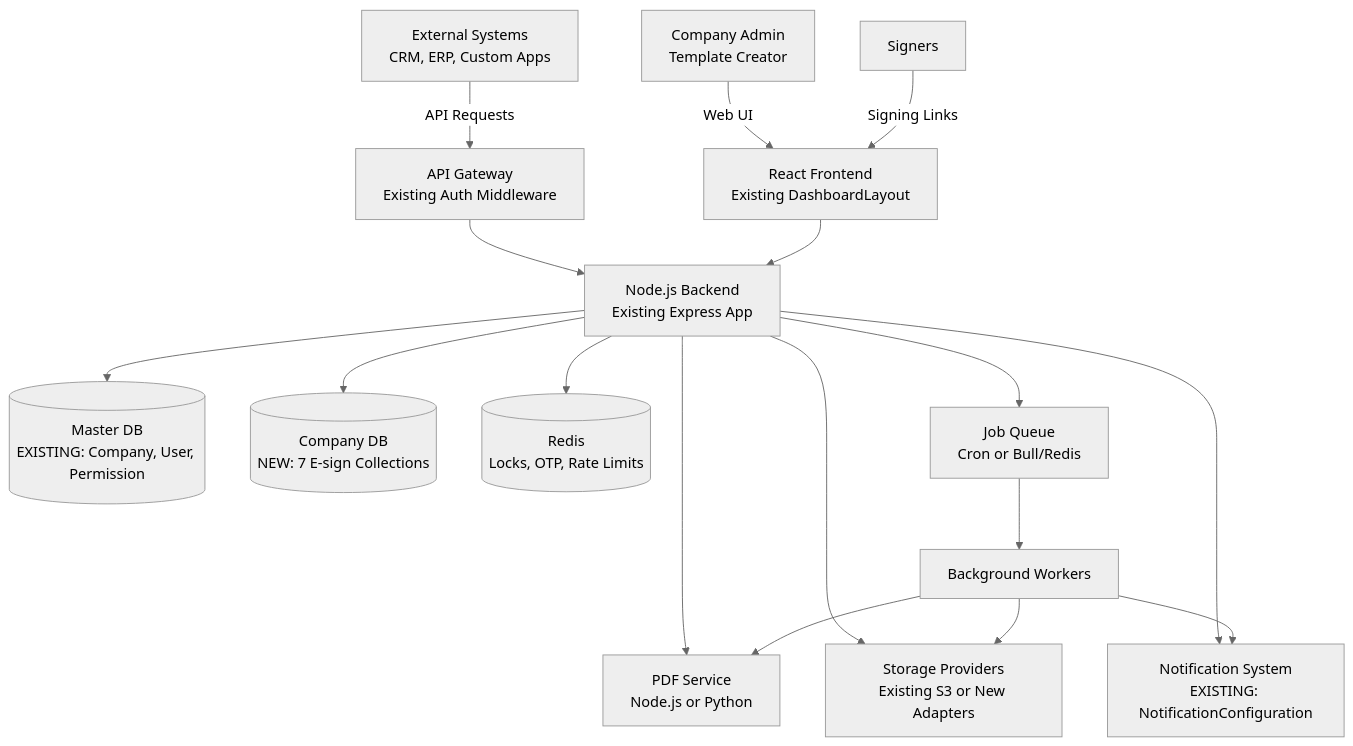
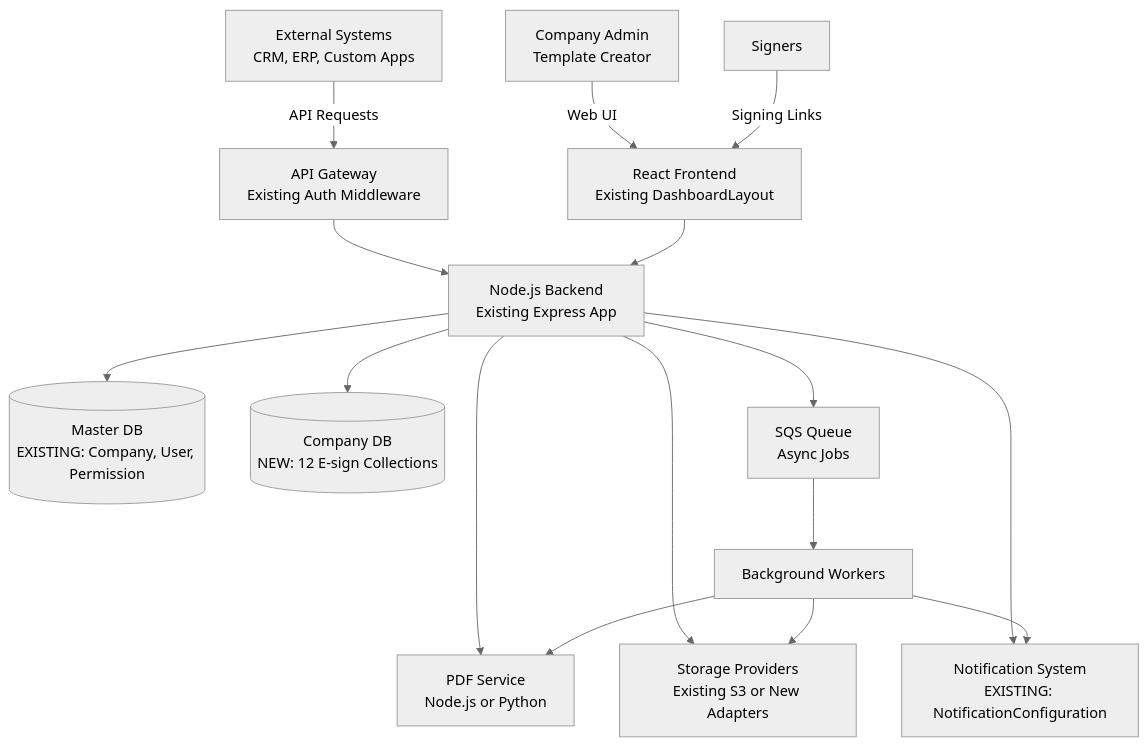
One commit to gobinathmbt/kind-word-glow changed the first of 2 diagrams in .kiro/specs/secure-gateway-esign-platform/design.md. Above: the diagram before and after it, drawn with Mermaid (neutral theme). The commit also changed other lines of this file and 2 other files, not shown here.

````diff
--- a/.kiro/specs/secure-gateway-esign-platform/design.md
+++ b/.kiro/specs/secure-gateway-esign-platform/design.md
@@ -51,26 +50,25 @@
 ```mermaid
 graph TB
     ExtSys[External Systems<br/>CRM, ERP, Custom Apps]
     Admin[Company Admin<br/>Template Creator]
     Signer[Signers]
     
     ExtSys -->|API Requests| API[API Gateway<br/>Existing Auth Middleware]
     Admin -->|Web UI| Frontend[React Frontend<br/>Existing DashboardLayout]
     Signer -->|Signing Links| Frontend
     
     API --> Backend[Node.js Backend<br/>Existing Express App]
     Frontend --> Backend
     
     Backend --> MasterDB[(Master DB<br/>EXISTING: Company, User, Permission)]
-    Backend --> CompanyDB[(Company DB<br/>NEW: 7 E-sign Collections)]
-    Backend --> Redis[(Redis<br/>Locks, OTP, Rate Limits)]
-    Backend --> Queue[Job Queue<br/>Cron or Bull/Redis]
+    Backend --> CompanyDB[(Company DB<br/>NEW: 12 E-sign Collections)]
+    Backend --> Queue[SQS Queue<br/>Async Jobs]
     Backend --> PDFService[PDF Service<br/>Node.js or Python]
     Backend --> Storage[Storage Providers<br/>Existing S3 or New Adapters]
     Backend --> Notify[Notification System<br/>EXISTING: NotificationConfiguration]
     
     Queue --> Workers[Background Workers]
     Workers --> PDFService
     Workers --> Storage
     Workers --> Notify
 ```
````
